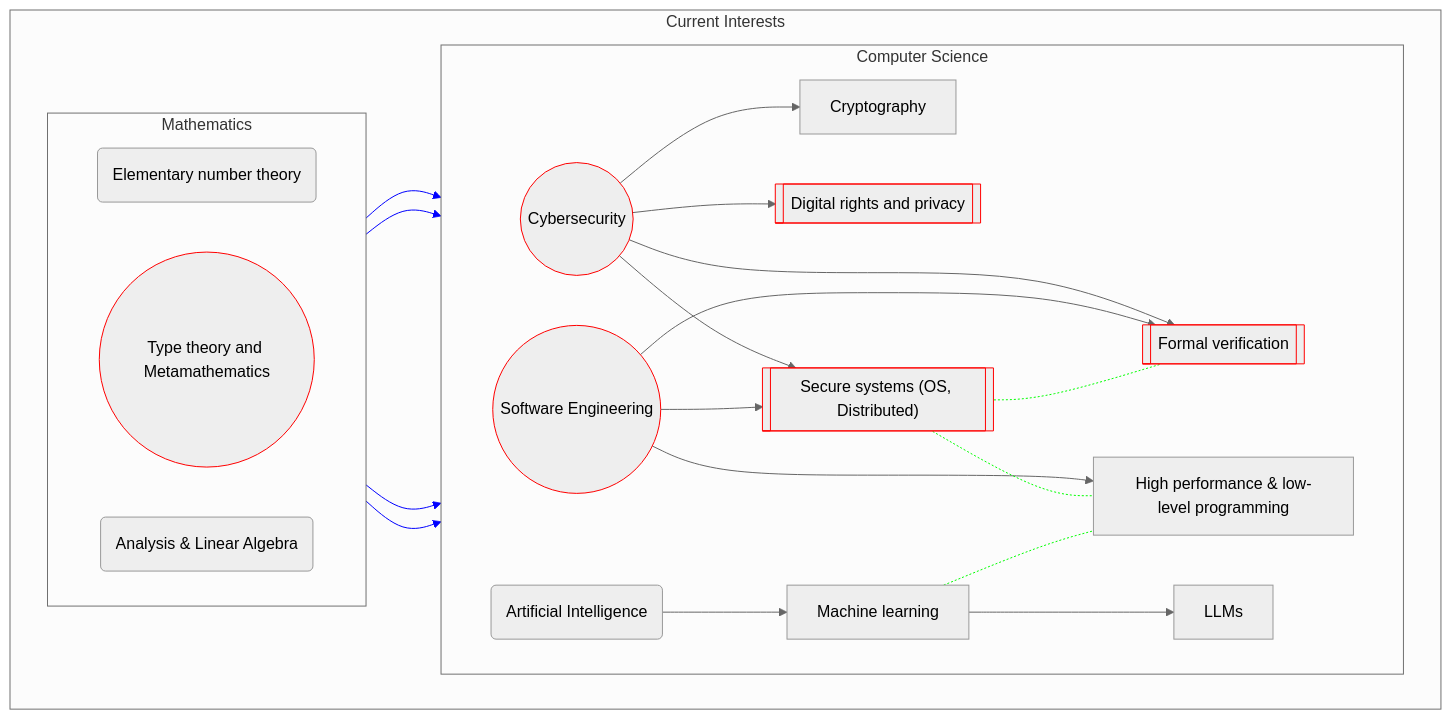
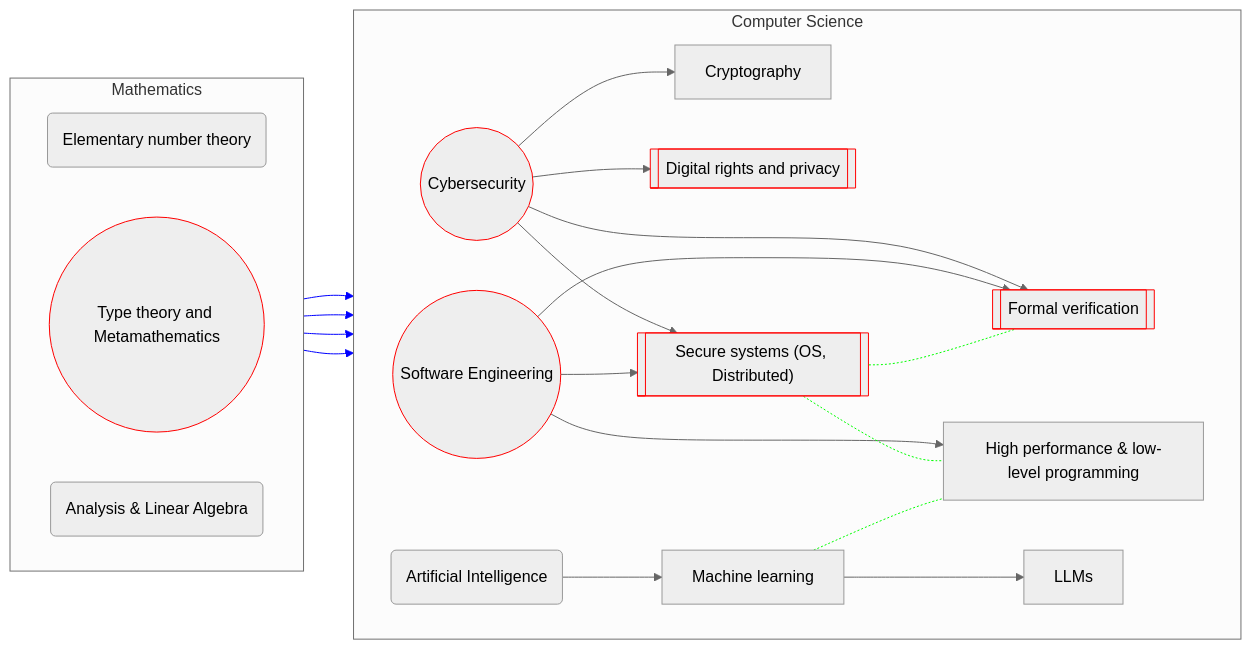
Before and after one commit to guanyuming-he/guanyuming-he: the diagram in README.md, drawn with Mermaid (neutral theme).

````diff
--- a/README.md
+++ b/README.md
@@ -5,53 +5,50 @@
 ```mermaid
 flowchart LR
-	subgraph "Current Interests"
+	%% Primary general topic, general topic, primary subtopic, subtopic,
+	%% respectively
+	classDef gen-pri	shape:dbl-circ,stroke:#f00
+	classDef gen		shape:circle
+	classDef sub-pri	shape:subproc,stroke:#f00
+	classDef sub		shape:rect
+
+	%% Left side: CS
+	subgraph "Computer Science"
 		direction LR
-		%% Primary general topic, general topic, primary subtopic, subtopic,
-		%% respectively
-		classDef gen-pri	shape:dbl-circ,stroke:#f00
-		classDef gen		shape:circle
-		classDef sub-pri	shape:subproc,stroke:#f00
-		classDef sub		shape:rect
-	
-		%% Left side: CS
-		subgraph "Computer Science"
-			direction LR
-			%% General directions
-			CY((Cybersecurity)):::gen-pri
-			SE((Software Engineering)):::gen-pri
-			AI(Artificial Intelligence):::gen
-	
-			%% Cybersecurity branches
-			CY --> CR[Cryptography]:::sub
-			CY --> DR[["Digital rights and privacy"]]:::sub-pri
-			CY --> SS[["Secure systems (OS, Distributed)"]]:::sub-pri
-			CY --> FV[["Formal verification"]]:::sub-pri
-			SE --> SS
-			SE --> FV
-			SE --> HP["High performance & low-level programming"]:::sub
-			AI --> ML["Machine learning"]:::sub -->
-			LLM["LLMs"]:::sub
-	
-			SS -.- HP
-			ML -.- HP
-			SS -.- FV
-			%% Change link color
-			linkStyle 9,10,11 stroke:#0f0 
-		end
-	
-		%% Right side: Math
-		subgraph Mathematics
-			direction RL
-			EN(Elementary number theory):::gen
-			TT((Type theory and Metamathematics)):::gen-pri
-			AL(Analysis & Linear Algebra):::gen
-	
-			EN --> CR
-			TT --> FV
-			AL --> ML
-			AL --> HP
-			%% Change link color
-			linkStyle 12,13,14,15 stroke:#00f
-		end
+		%% General directions
+		CY((Cybersecurity)):::gen-pri
+		SE((Software Engineering)):::gen-pri
+		AI(Artificial Intelligence):::gen
+
+		%% Cybersecurity branches
+		CY --> CR[Cryptography]:::sub
+		CY --> DR[["Digital rights and privacy"]]:::sub-pri
+		CY --> SS[["Secure systems (OS, Distributed)"]]:::sub-pri
+		CY --> FV[["Formal verification"]]:::sub-pri
+		SE --> SS
+		SE --> FV
+		SE --> HP["High performance & low-level programming"]:::sub
+		AI --> ML["Machine learning"]:::sub -->
+		LLM["LLMs"]:::sub
+
+		SS -.- HP
+		ML -.- HP
+		SS -.- FV
+		%% Change link color
+		linkStyle 9,10,11 stroke:#0f0 
+	end
+
+	%% Right side: Math
+	subgraph Mathematics
+		direction RL
+		EN(Elementary number theory):::gen
+		TT((Type theory and Metamathematics)):::gen-pri
+		AL(Analysis & Linear Algebra):::gen
+
+		EN --> CR
+		TT --> FV
+		AL --> ML
+		AL --> HP
+		%% Change link color
+		linkStyle 12,13,14,15 stroke:#00f
 	end
 ```
````
